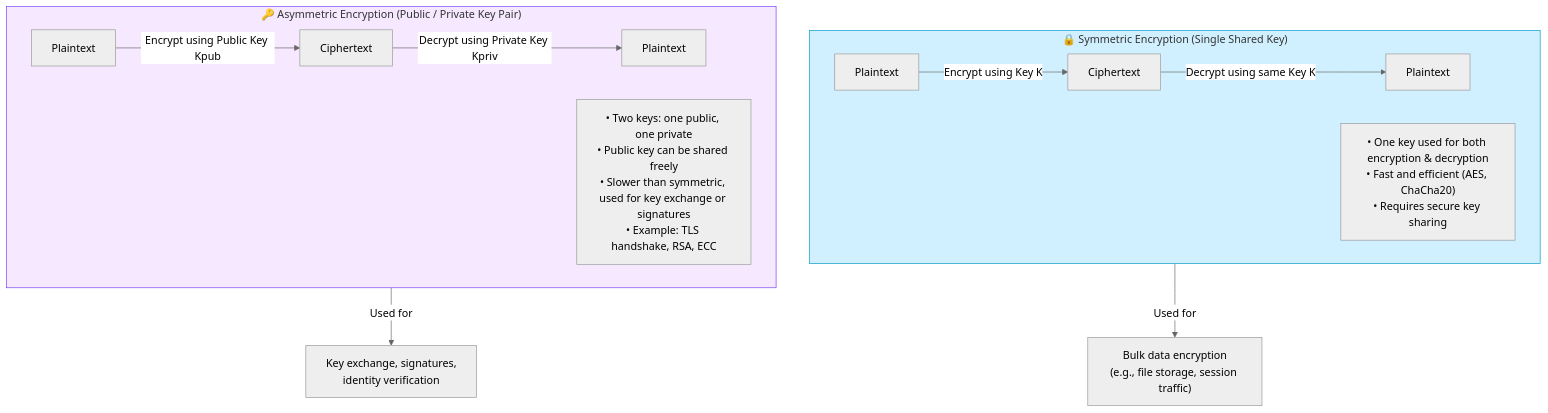
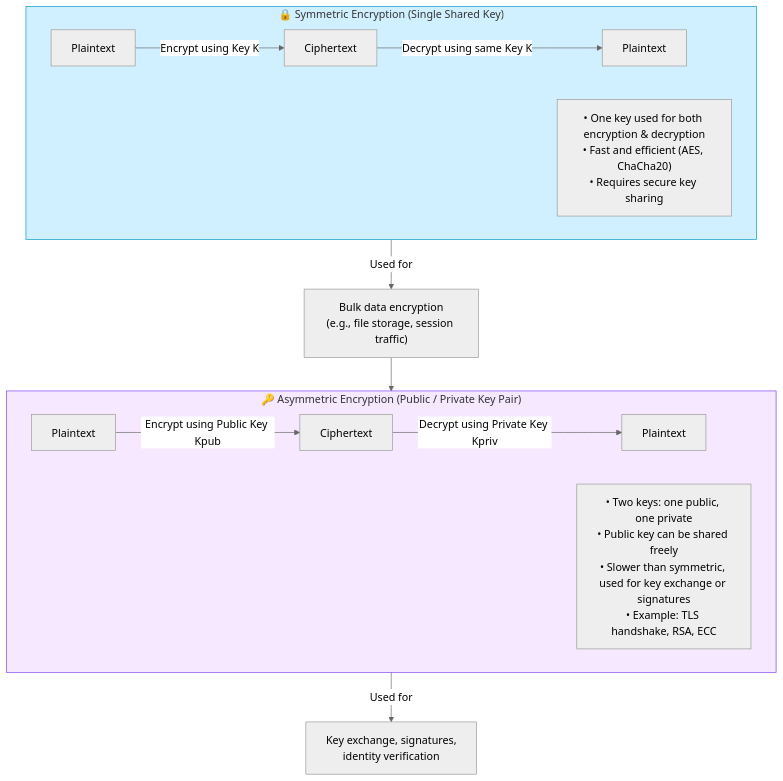
One commit to irahulsawhney/crypto-concepts changed the diagram in diagrams/01-symmetric-asymmetric.mmd. Above: the diagram before and after it, drawn with Mermaid (neutral theme).

Commit message:
Unify flowchart and arrange asymmetric encryption below symmetric encryption

```diff
--- a/diagrams/01-symmetric-asymmetric.mmd
+++ b/diagrams/01-symmetric-asymmetric.mmd
@@ -1,18 +1,19 @@
 flowchart TB
     subgraph Symmetric_Encryption["🔒 Symmetric Encryption (Single Shared Key)"]
         A1[Plaintext] -->|Encrypt using Key K| B1[Ciphertext]
         B1 -->|Decrypt using same Key K| C1[Plaintext]
         N1["• One key used for both encryption & decryption<br/>• Fast and efficient (AES, ChaCha20)<br/>• Requires secure key sharing"]
     end
-
+    Symmetric_Encryption -->|Used for| D1["Bulk data encryption\n(e.g., file storage, session traffic)"]
+    
+    D1 --> Asymmetric_Encryption
+    
     subgraph Asymmetric_Encryption["🔑 Asymmetric Encryption (Public / Private Key Pair)"]
         A2[Plaintext] -->|Encrypt using Public Key Kpub| B2[Ciphertext]
         B2 -->|Decrypt using Private Key Kpriv| C2[Plaintext]
         N2["• Two keys: one public, one private<br/>• Public key can be shared freely<br/>• Slower than symmetric, used for key exchange or signatures<br/>• Example: TLS handshake, RSA, ECC"]
     end
-
-    Symmetric_Encryption -->|Used for| D1["Bulk data encryption\n(e.g., file storage, session traffic)"]
     Asymmetric_Encryption -->|Used for| D2["Key exchange, signatures,\nidentity verification"]
 
     style Symmetric_Encryption fill:#d1f0ff,stroke:#0099cc,stroke-width:1px
     style Asymmetric_Encryption fill:#f5e8ff,stroke:#7a42f4,stroke-width:1px
```
